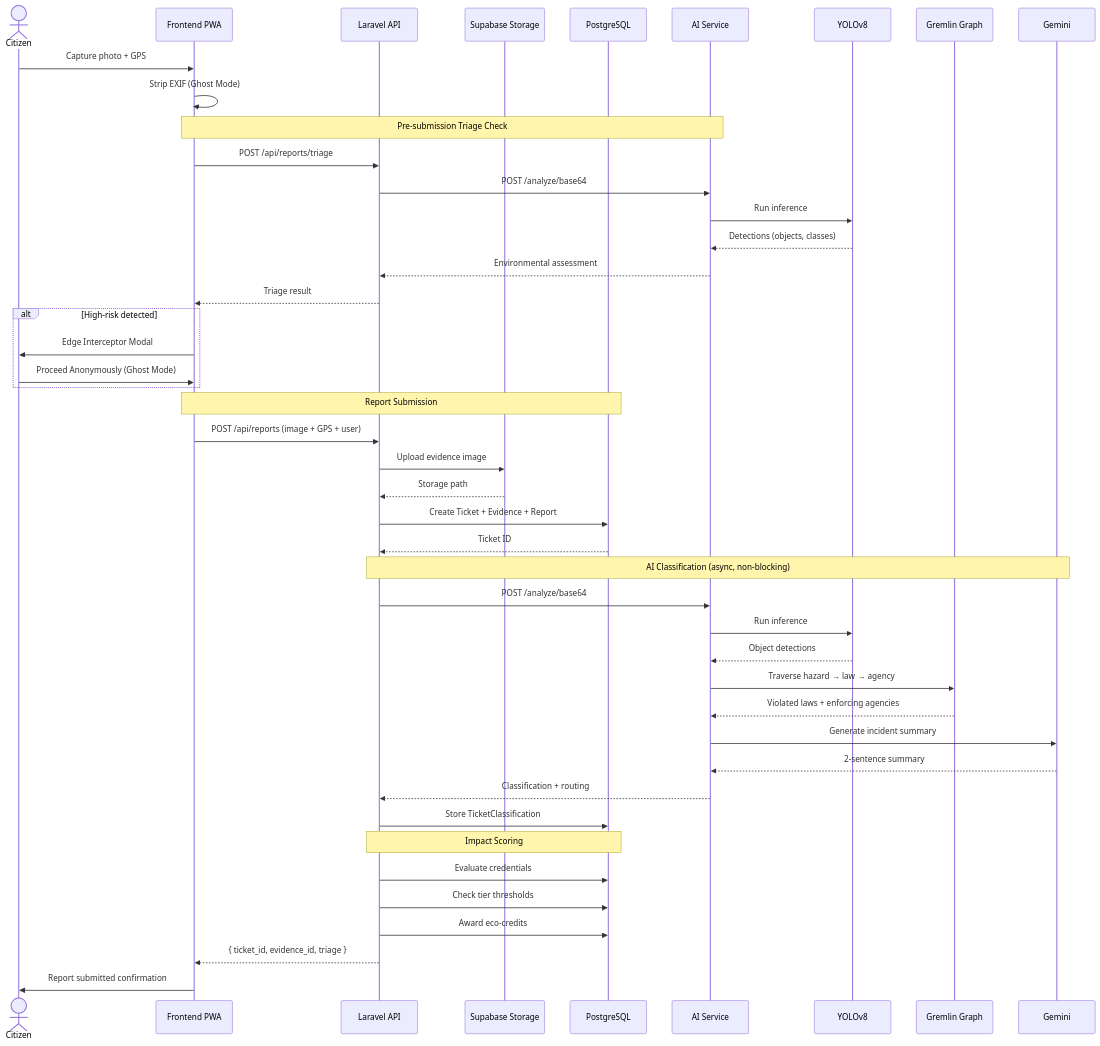
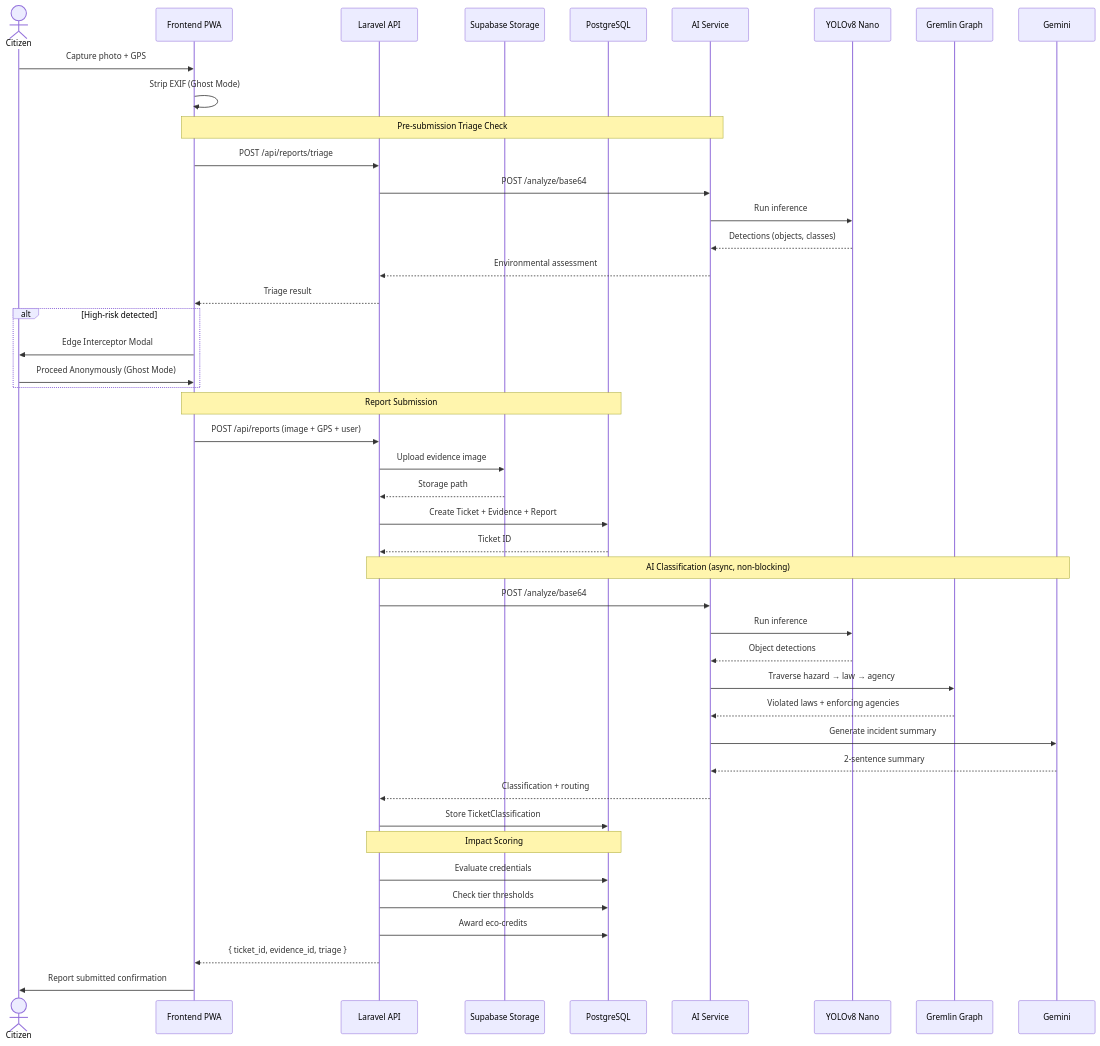
One commit to J-Akiru5/LikasLens changed the second of 4 diagrams in docs/dataflow-diagram.md. Above: the diagram before and after it, drawn with Mermaid. The commit also changed other lines of this file and 79 other files, not shown here.

````diff
--- a/docs/dataflow-diagram.md
+++ b/docs/dataflow-diagram.md
@@ -124,54 +124,54 @@
 ```mermaid
 sequenceDiagram
     actor Citizen
     participant PWA as Frontend PWA
     participant API as Laravel API
     participant Storage as Supabase Storage
     participant DB as PostgreSQL
     participant AI as AI Service
-    participant YOLO as YOLOv8
+    participant YOLO as YOLOv8 Nano
     participant Graph as Gremlin Graph
     participant LLM as Gemini
 
     Citizen->>PWA: Capture photo + GPS
     PWA->>PWA: Strip EXIF (Ghost Mode)
 
     Note over PWA,AI: Pre-submission Triage Check
     PWA->>API: POST /api/reports/triage
     API->>AI: POST /analyze/base64
     AI->>YOLO: Run inference
     YOLO-->>AI: Detections (objects, classes)
     AI-->>API: Environmental assessment
     API-->>PWA: Triage result
 
     alt High-risk detected
         PWA->>Citizen: Edge Interceptor Modal
         Citizen->>PWA: Proceed Anonymously (Ghost Mode)
     end
 
     Note over PWA,DB: Report Submission
     PWA->>API: POST /api/reports (image + GPS + user)
     API->>Storage: Upload evidence image
     Storage-->>API: Storage path
     API->>DB: Create Ticket + Evidence + Report
     DB-->>API: Ticket ID
 
     Note over API,LLM: AI Classification (async, non-blocking)
     API->>AI: POST /analyze/base64
     AI->>YOLO: Run inference
     YOLO-->>AI: Object detections
     AI->>Graph: Traverse hazard → law → agency
     Graph-->>AI: Violated laws + enforcing agencies
     AI->>LLM: Generate incident summary
     LLM-->>AI: 2-sentence summary
     AI-->>API: Classification + routing
     API->>DB: Store TicketClassification
 
     Note over API,DB: Impact Scoring
     API->>DB: Evaluate credentials
     API->>DB: Check tier thresholds
     API->>DB: Award eco-credits
 
     API-->>PWA: { ticket_id, evidence_id, triage }
     PWA->>Citizen: Report submitted confirmation
 ```
````
